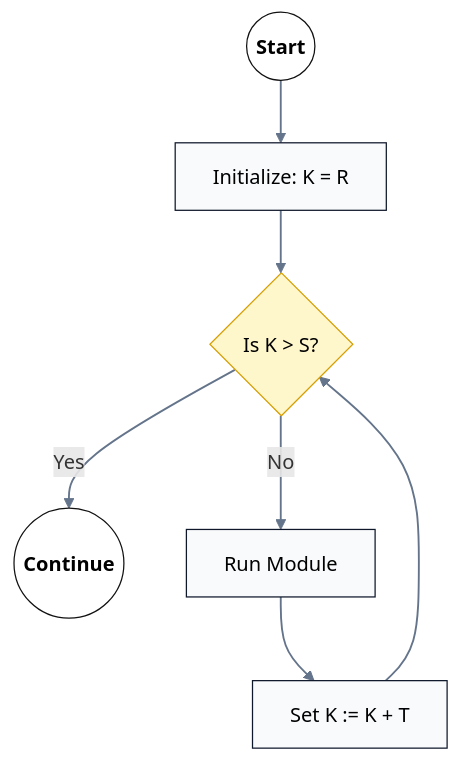
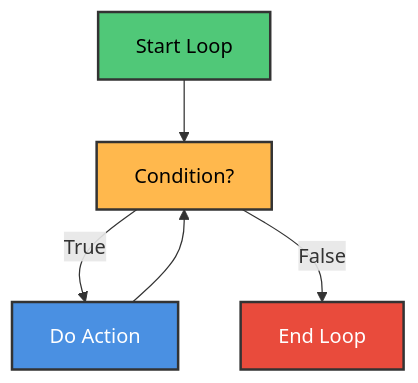
The sixth of 9 diagrams in Chapter 2 - Preliminaries/README.md (M-F-Tushar/CSE-2101-Data-Structure), drawn with Mermaid before and after one commit. The commit also changed other lines of this file, not shown here.

````diff
--- a/Chapter 2 - Preliminaries/README.md
+++ b/Chapter 2 - Preliminaries/README.md
@@ -703,13 +405,12 @@
 ```mermaid
-flowchart TD
-    %% Repeat-for loop
-    classDef terminal fill:#ffffff,stroke:#111,color:#000,font-weight:600;
-    classDef process fill:#f8fafc,stroke:#0f172a,color:#000;
-    classDef decision fill:#fff7cc,stroke:#d69e00,color:#000;
-
-    Start((Start)):::terminal --> Init["Initialize: K = R"]:::process --> Guard{"Is K > S?"}:::decision
-    Guard -- Yes --> End((Continue)):::terminal
-    Guard -- No --> Body["Run Module"]:::process --> Increment["Set K := K + T"]:::process --> Guard
-
-    linkStyle default stroke:#64748b,stroke-width:1.5px
+graph TD
+    A["Start Loop"] --> B["Condition?"]
+    B --> |True| C["Do Action"]
+    C --> B
+    B --> |False| D["End Loop"]
+    
+    style A fill:#50C878,stroke:#333,stroke-width:2px,color:#000
+    style B fill:#FFB84D,stroke:#333,stroke-width:2px,color:#000
+    style C fill:#4A90E2,stroke:#333,stroke-width:2px,color:#fff
+    style D fill:#E94B3C,stroke:#333,stroke-width:2px,color:#fff
 ```
````
